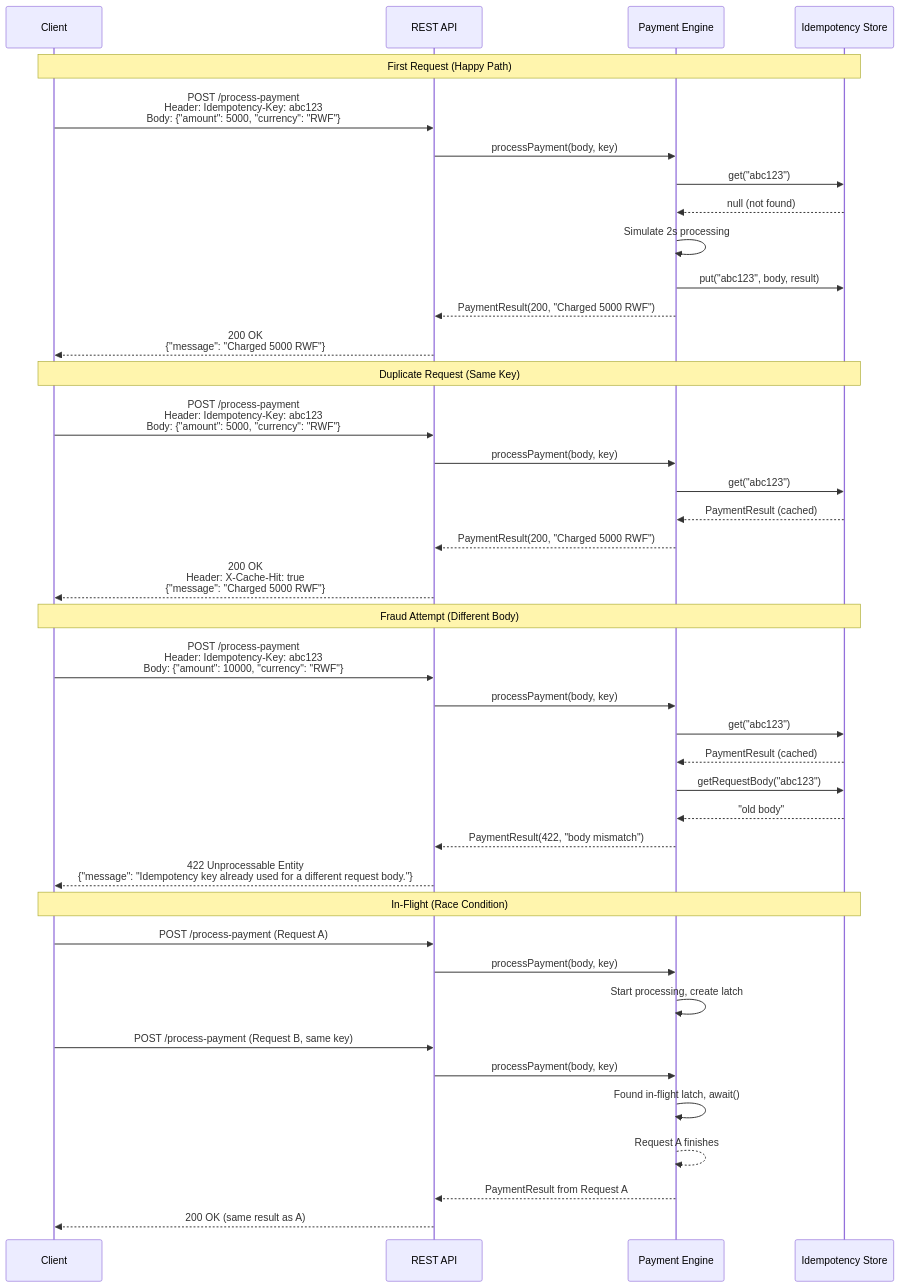
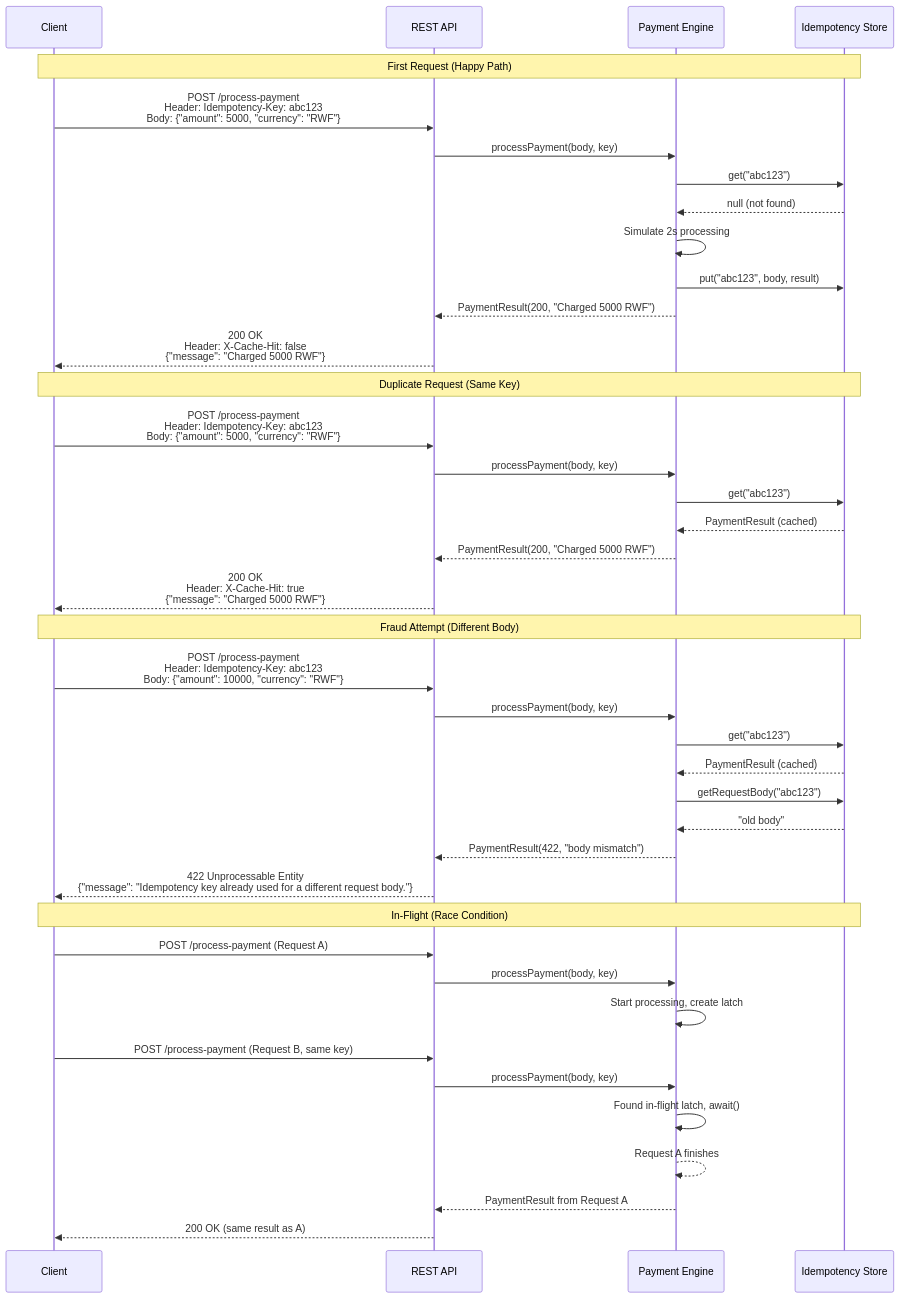
One commit to AmaliTech-Training-Academy/AmaliTech-DEG-Project-based-challenges changed the diagram in backend/Idempotency-gateway/README.md. Above: the diagram before and after it, drawn with Mermaid. The commit also changed other lines of this file and 4 other files, not shown here.

Commit message:
fix body comparison and cache header

````diff
--- a/backend/Idempotency-gateway/README.md
+++ b/backend/Idempotency-gateway/README.md
@@ -7,46 +7,46 @@
 ```mermaid
 sequenceDiagram
     participant C as Client
     participant API as REST API
     participant E as Payment Engine
     participant S as Idempotency Store
 
     Note over C,S: First Request (Happy Path)
     C->>API: POST /process-payment<br/>Header: Idempotency-Key: abc123<br/>Body: {"amount": 5000, "currency": "RWF"}
     API->>E: processPayment(body, key)
     E->>S: get("abc123")
     S-->>E: null (not found)
     E->>E: Simulate 2s processing
     E->>S: put("abc123", body, result)
     E-->>API: PaymentResult(200, "Charged 5000 RWF")
-    API-->>C: 200 OK<br/>{"message": "Charged 5000 RWF"}
+    API-->>C: 200 OK<br/>Header: X-Cache-Hit: false<br/>{"message": "Charged 5000 RWF"}
 
     Note over C,S: Duplicate Request (Same Key)
     C->>API: POST /process-payment<br/>Header: Idempotency-Key: abc123<br/>Body: {"amount": 5000, "currency": "RWF"}
     API->>E: processPayment(body, key)
     E->>S: get("abc123")
     S-->>E: PaymentResult (cached)
     E-->>API: PaymentResult(200, "Charged 5000 RWF")
     API-->>C: 200 OK<br/>Header: X-Cache-Hit: true<br/>{"message": "Charged 5000 RWF"}
 
     Note over C,S: Fraud Attempt (Different Body)
     C->>API: POST /process-payment<br/>Header: Idempotency-Key: abc123<br/>Body: {"amount": 10000, "currency": "RWF"}
     API->>E: processPayment(body, key)
     E->>S: get("abc123")
     S-->>E: PaymentResult (cached)
     E->>S: getRequestBody("abc123")
     S-->>E: "old body"
     E-->>API: PaymentResult(422, "body mismatch")
     API-->>C: 422 Unprocessable Entity<br/>{"message": "Idempotency key already used for a different request body."}
 
     Note over C,S: In-Flight (Race Condition)
     C->>API: POST /process-payment (Request A)
     API->>E: processPayment(body, key)
     E->>E: Start processing, create latch
     C->>API: POST /process-payment (Request B, same key)
     API->>E: processPayment(body, key)
     E->>E: Found in-flight latch, await()
     E-->>E: Request A finishes
     E-->>API: PaymentResult from Request A
     API-->>C: 200 OK (same result as A)
 ```
````
